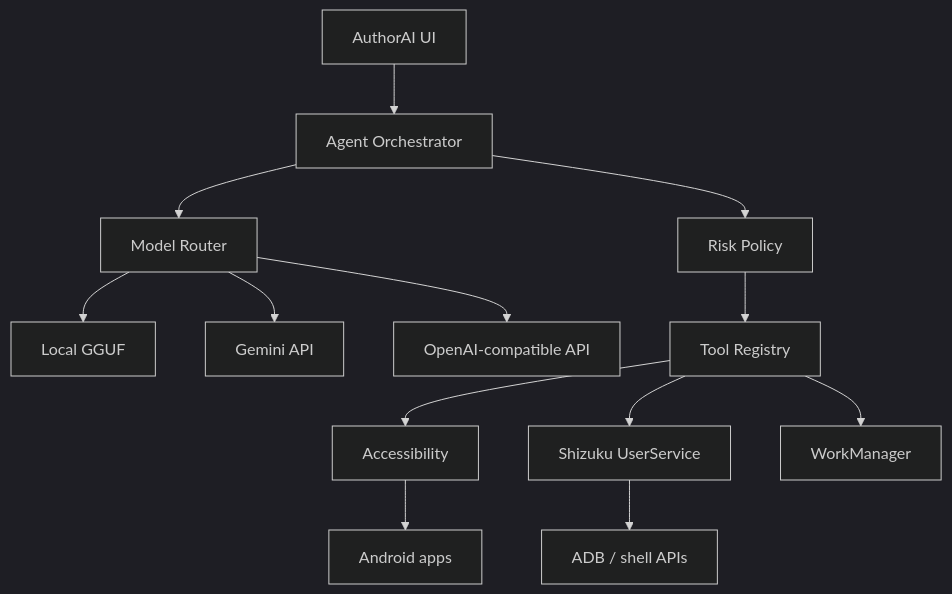
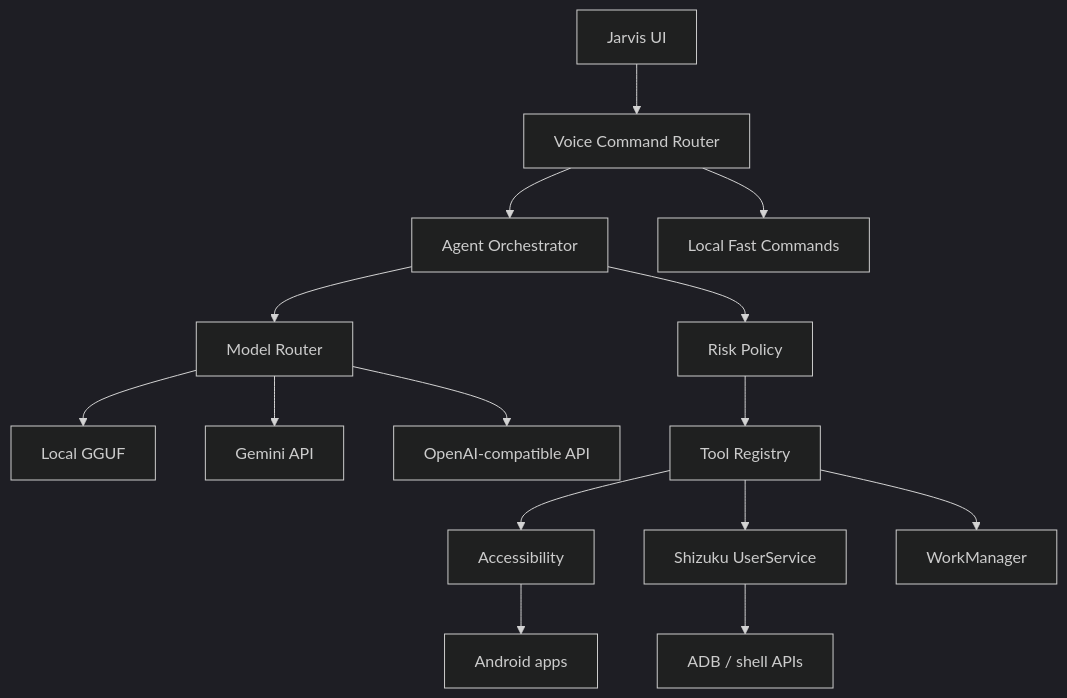
The diagram in README.md (VadymYem/Jarvis), drawn with Mermaid (dark theme) before and after one commit. The commit also changed other lines of this file and 24 other files, not shown here.

Commit message:
feat: add Jarvis voice mode and phone finder

````diff
--- a/README.md
+++ b/README.md
@@ -28,15 +35,17 @@
 ```mermaid
 flowchart TD
-    UI["AuthorAI UI"] --> LOOP["Agent Orchestrator"]
+    UI["Jarvis UI"] --> VOICE["Voice Command Router"]
+    VOICE --> LOOP["Agent Orchestrator"]
+    VOICE --> FAST["Local Fast Commands"]
     LOOP --> ROUTER["Model Router"]
     ROUTER --> LOCAL["Local GGUF"]
     ROUTER --> GEMINI["Gemini API"]
     ROUTER --> CLOUD["OpenAI-compatible API"]
     LOOP --> POLICY["Risk Policy"]
     POLICY --> TOOLS["Tool Registry"]
     TOOLS --> A11Y["Accessibility"]
     TOOLS --> SHI["Shizuku UserService"]
     TOOLS --> JOBS["WorkManager"]
     A11Y --> APPS["Android apps"]
     SHI --> SHELL["ADB / shell APIs"]
 ```
````
